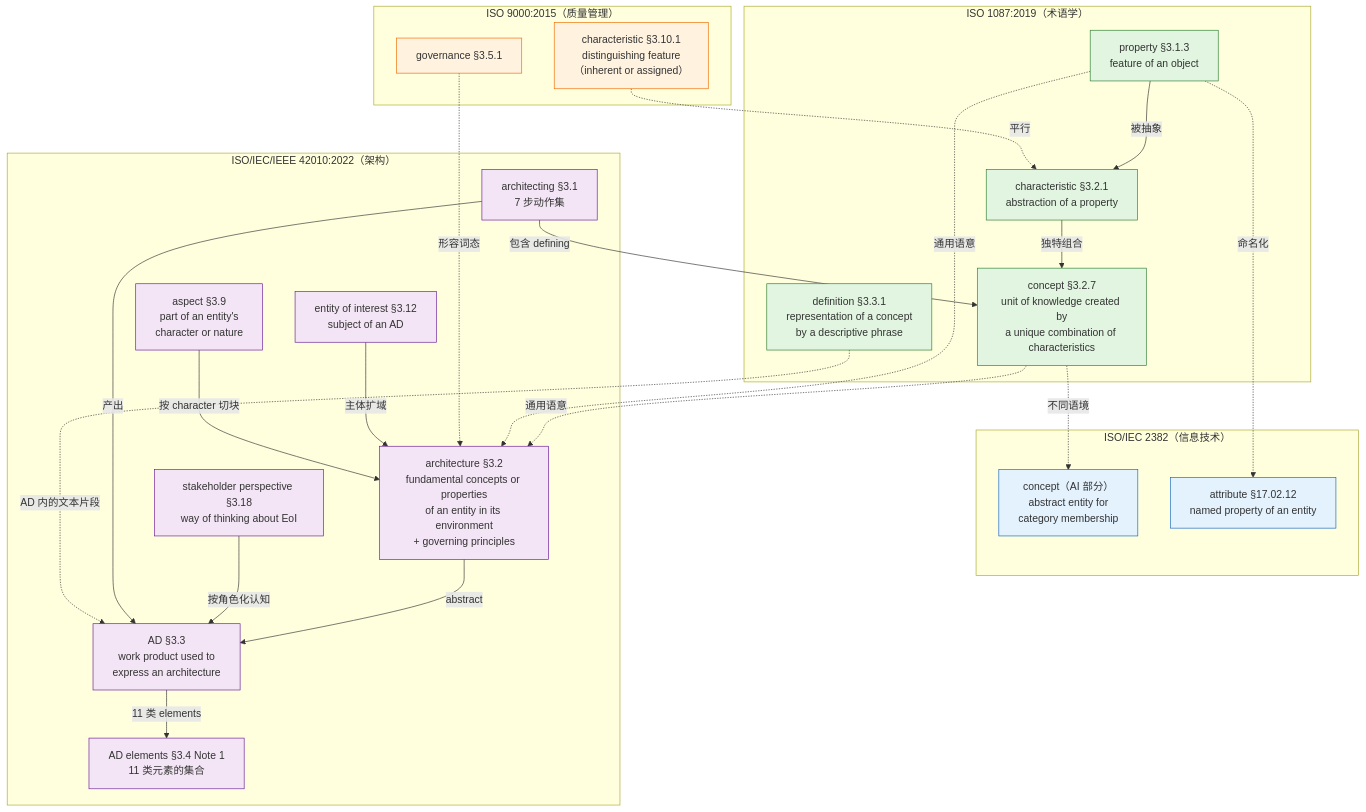
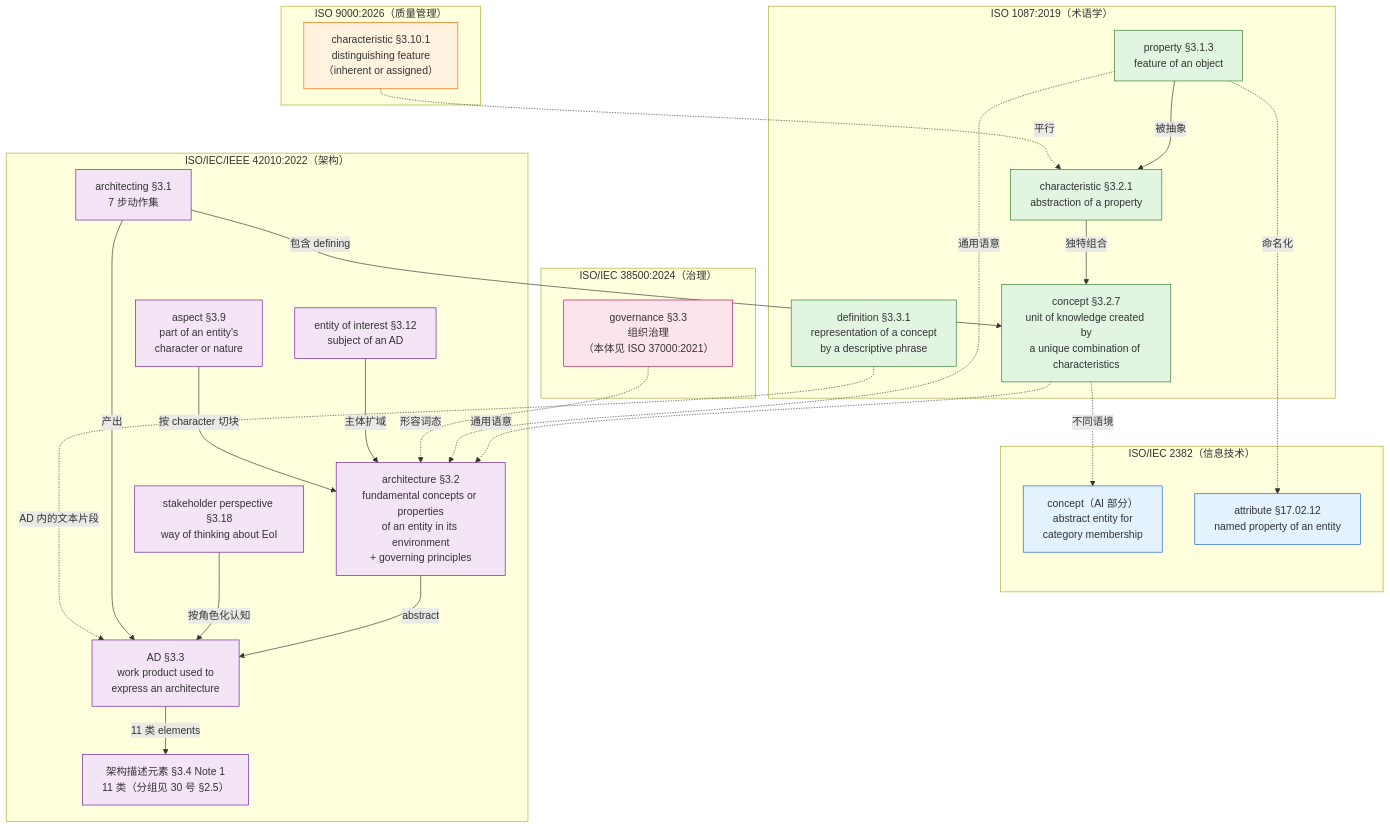
The first of 17 diagrams in 100-subprojects/01-系统工程研究/00-系统工程相关研究报告/22-架构、概念、属性研究报告—术语权威定义与对照分析.md (Yongjunzhou/AOS-system-design), drawn with Mermaid before and after one commit. The commit also changed other lines of this file and 38 other files, not shown here.

````diff
--- a/100-subprojects/01-系统工程研究/00-系统工程相关研究报告/22-架构、概念、属性研究报告—术语权威定义与对照分析.md
+++ b/100-subprojects/01-系统工程研究/00-系统工程相关研究报告/22-架构、概念、属性研究报告—术语权威定义与对照分析.md
@@ -89,55 +104,60 @@
 ```mermaid
 flowchart TB
     subgraph "ISO 1087:2019（术语学）"
         C1087["concept §3.2.7<br/>unit of knowledge created by<br/>a unique combination of characteristics"]
         CH1087["characteristic §3.2.1<br/>abstraction of a property"]
         P1087["property §3.1.3<br/>feature of an object"]
         D1087["definition §3.3.1<br/>representation of a concept<br/>by a descriptive phrase"]
     end
 
-    subgraph "ISO 9000:2015（质量管理）"
+    subgraph "ISO 9000:2026（质量管理）"
         CH9000["characteristic §3.10.1<br/>distinguishing feature<br/>（inherent or assigned）"]
-        G9000["governance §3.5.1"]
+    end
+
+    subgraph "ISO/IEC 38500:2024（治理）"
+        G38500["governance §3.3<br/>组织治理<br/>（本体见 ISO 37000:2021）"]
     end
 
     subgraph "ISO/IEC 2382（信息技术）"
         C2382["concept（AI 部分）<br/>abstract entity for<br/>category membership"]
         A2382["attribute §17.02.12<br/>named property of an entity"]
     end
 
     subgraph "ISO/IEC/IEEE 42010:2022（架构）"
         A42022["architecture §3.2<br/>fundamental concepts or properties<br/>of an entity in its environment<br/>+ governing principles"]
         AD42022["AD §3.3<br/>work product used to<br/>express an architecture"]
         ASP["aspect §3.9<br/>part of an entity's<br/>character or nature"]
         EOI["entity of interest §3.12<br/>subject of an AD"]
         SP["stakeholder perspective §3.18<br/>way of thinking about EoI"]
-        ELE["AD elements §3.4 Note 1<br/>11 类元素的集合"]
+        ELE["架构描述元素 §3.4 Note 1<br/>11 类（分组见 30 号 §2.5）"]
         ARCH["architecting §3.1<br/>7 步动作集"]
     end
 
     P1087 -->|"被抽象"| CH1087
     CH1087 -->|"独特组合"| C1087
     P1087 -.命名化.-> A2382
     CH9000 -.平行.-> CH1087
     C1087 -.不同语境.-> C2382
     C1087 -.通用语意.-> A42022
     P1087 -.通用语意.-> A42022
-    G9000 -.形容词态.-> A42022
+    G38500 -.形容词态.-> A42022
     A42022 -->|"abstract"| AD42022
     AD42022 -->|"11 类 elements"| ELE
     EOI -->|"主体扩域"| A42022
     ASP -->|"按 character 切块"| A42022
     SP -->|"按角色化认知"| AD42022
     ARCH -->|"包含 defining"| C1087
     ARCH -->|"产出"| AD42022
     D1087 -.AD 内的文本片段.-> AD42022
 
     classDef iso1087 fill:#e1f5e1,stroke:#2e7d32
     classDef iso9000 fill:#fff3e0,stroke:#ef6c00
+    classDef iso38500 fill:#fce4ec,stroke:#ad1457
     classDef iso2382 fill:#e3f2fd,stroke:#1565c0
     classDef iso42010 fill:#f3e5f5,stroke:#6a1b9a
     class C1087,CH1087,P1087,D1087 iso1087
-    class CH9000,G9000 iso9000
+    class CH9000 iso9000
+    class G38500 iso38500
     class C2382,A2382 iso2382
     class A42022,AD42022,ASP,EOI,SP,ELE,ARCH iso42010
 ```
````
